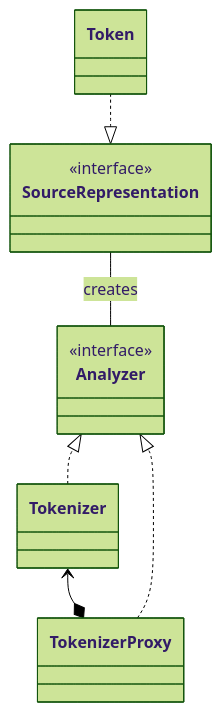
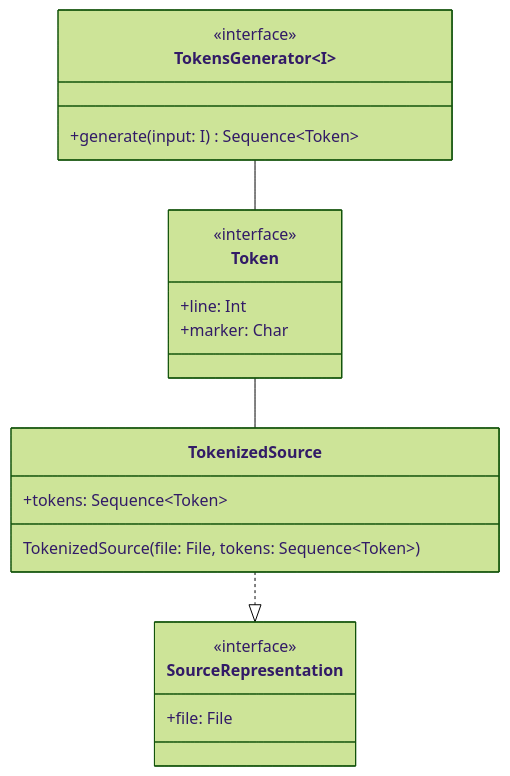
One commit to tassiLuca/code-plagiarism-detector-doc changed the ninth of 11 diagrams in doc.md. Above: the diagram before and after it, drawn with Mermaid (forest theme). The commit also changed other lines of this file, not shown here.

Commit message:
add analyzer design

````diff
--- a/doc.md
+++ b/doc.md
@@ -277,21 +327,26 @@
 ```mermaid
 classDiagram
-    direction BT
-    class Analyzer {
+    class SourceRepresentation {
         <<interface>>
+        +file: File
+    }
+    class TokenizedSource {
+        +tokens: Sequence~Token~
+        TokenizedSource(file: File, tokens: Sequence~Token~)
+    }
+    TokenizedSource ..|> SourceRepresentation
+
+    class Token {
+        <<interface>>
+        +line: Int
+        +marker: Char
     }
 
-    class Tokenizer
-    class TokenizerProxy
+    class TokensGenerator~I~ {
+        <<interface>>
+        +generate(input: I) Sequence~Token~
+    }
+    TokensGenerator -- Token
+    Token -- TokenizedSource
 
-    Tokenizer ..|> Analyzer
-    TokenizerProxy ..|> Analyzer
-    TokenizerProxy *--> Tokenizer
-
-    class SourceRepresentation {
-        <<interface>>
-    }
-    class Token
-    SourceRepresentation <|.. Token
-    Analyzer -- SourceRepresentation: creates
 ```
````
